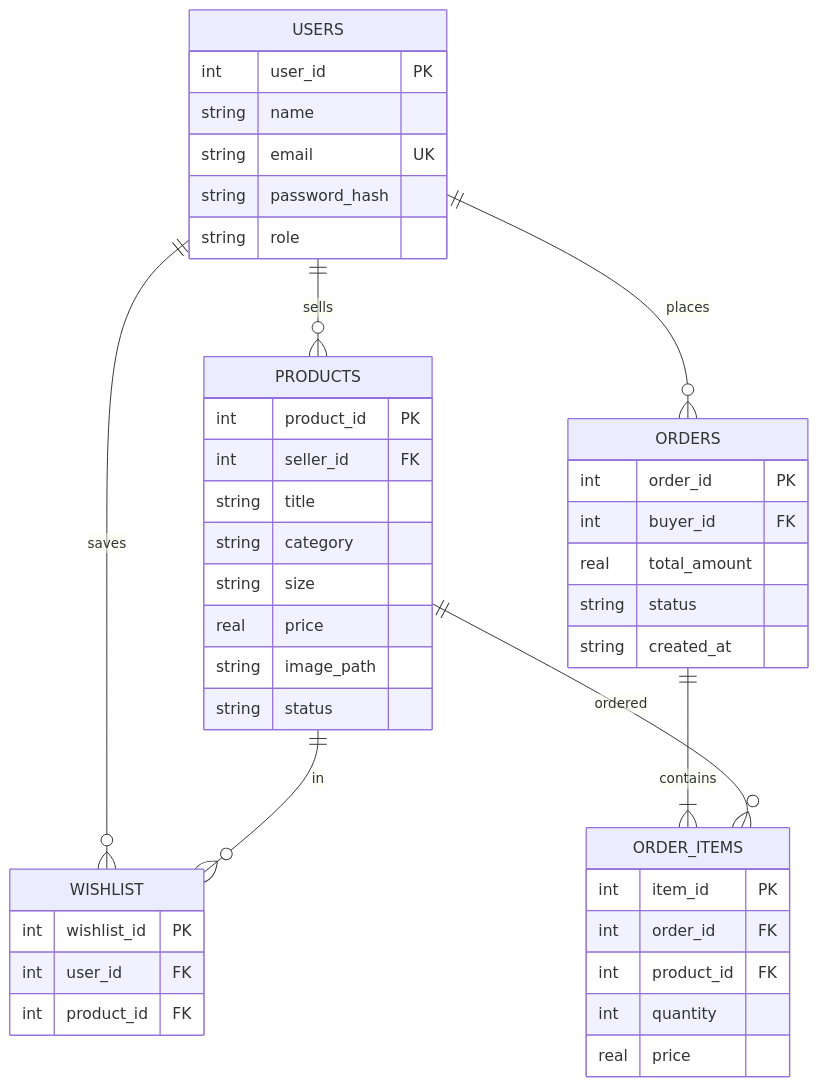
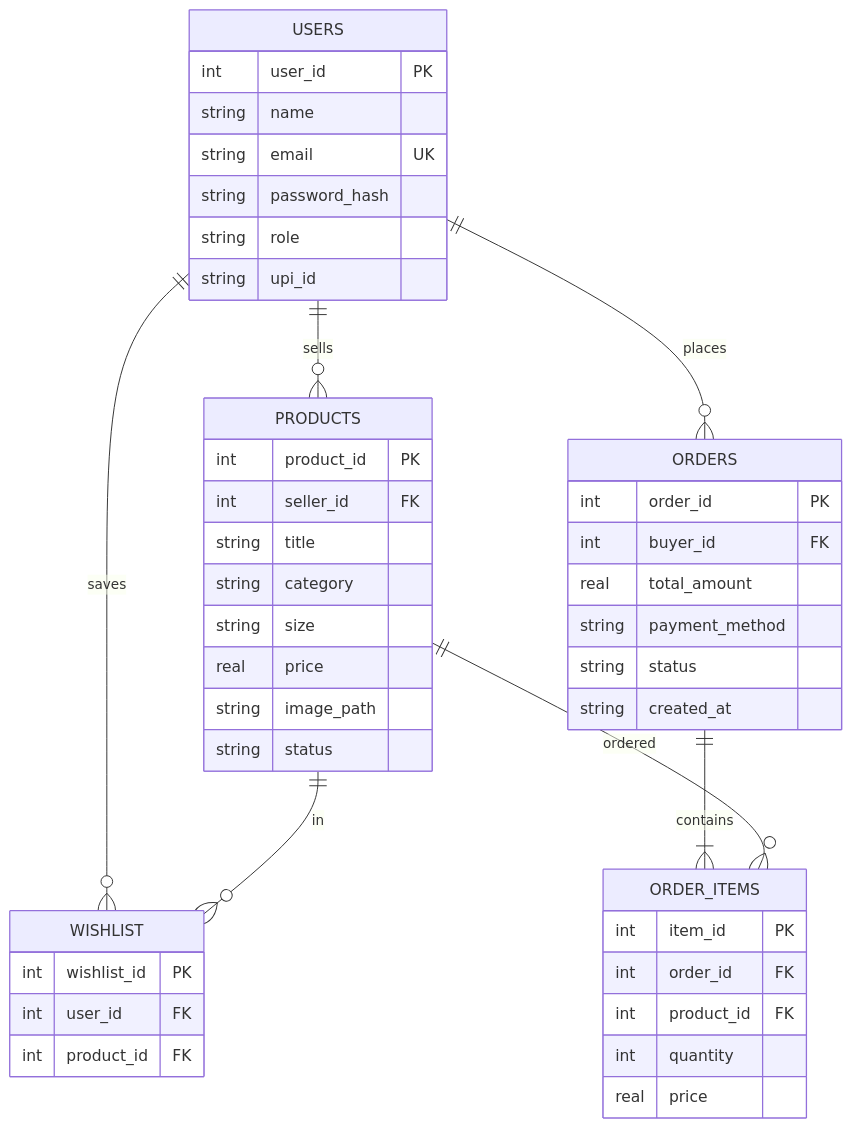
Before and after one commit to divi32/ReWear: the diagram in README.md, drawn with Mermaid. The commit also changed other lines of this file and 4 other files, not shown here.

````diff
--- a/README.md
+++ b/README.md
@@ -43,50 +44,52 @@
 ```mermaid
 erDiagram
     USERS ||--o{ PRODUCTS : sells
     USERS ||--o{ WISHLIST : saves
     USERS ||--o{ ORDERS : places
     PRODUCTS ||--o{ WISHLIST : in
     ORDERS ||--|{ ORDER_ITEMS : contains
     PRODUCTS ||--o{ ORDER_ITEMS : ordered
 
     USERS {
         int user_id PK
         string name
         string email UK
         string password_hash
         string role
+        string upi_id
     }
 
     PRODUCTS {
         int product_id PK
         int seller_id FK
         string title
         string category
         string size
         real price
         string image_path
         string status
     }
 
     WISHLIST {
         int wishlist_id PK
         int user_id FK
         int product_id FK
     }
 
     ORDERS {
         int order_id PK
         int buyer_id FK
         real total_amount
+        string payment_method
         string status
         string created_at
     }
 
     ORDER_ITEMS {
         int item_id PK
         int order_id FK
         int product_id FK
         int quantity
         real price
     }
 ```
````
